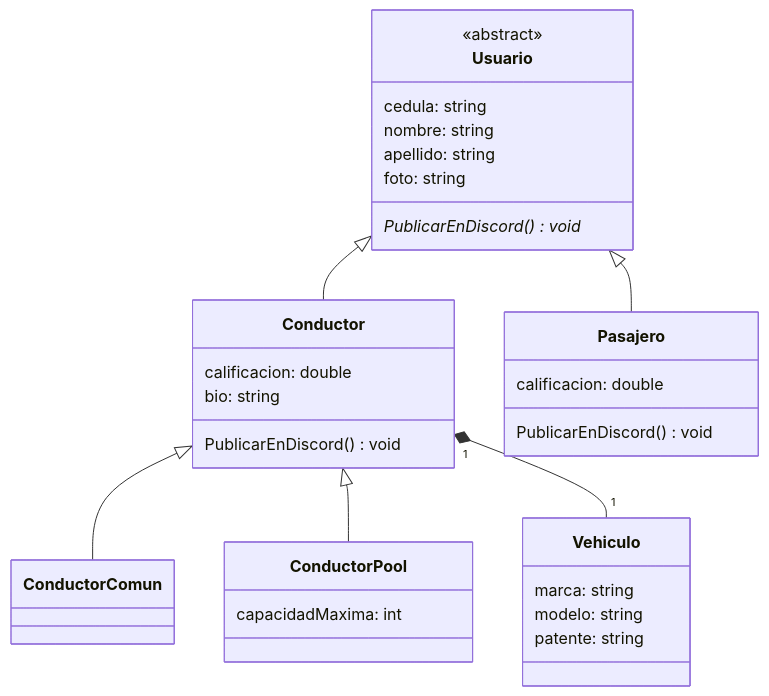
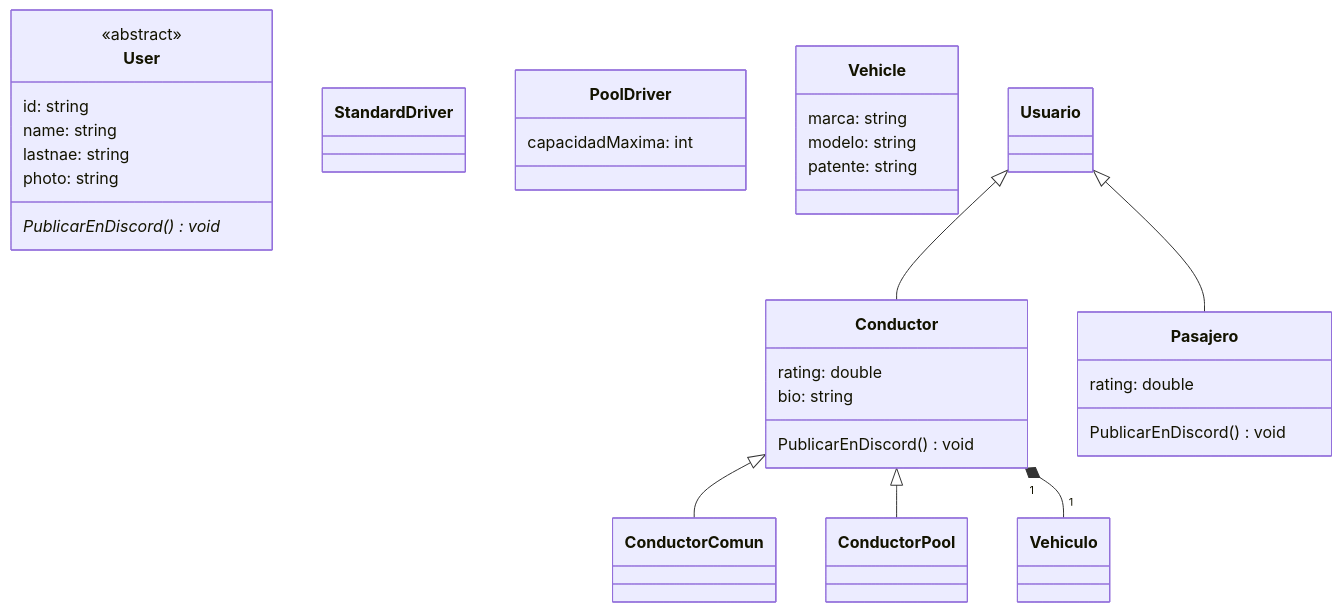
Before and after one commit to nachoocorrea/PII_Herencia_Ejercicio_Start: the diagram in DIAGRAM.md, drawn with Mermaid.

Commit message:
Diagrama actualizado

````diff
--- a/DIAGRAM.md
+++ b/DIAGRAM.md
@@ -1,34 +1,34 @@
 ```mermaid
 classDiagram
-  class Usuario {
+  class User {
     <<abstract>>
-    cedula: string
-    nombre: string
-    apellido: string
-    foto: string
+    id: string
+    name: string
+    lastnae: string
+    photo: string
     PublicarEnDiscord()* void
   }
   class Conductor {
-    calificacion: double
+    rating: double
     bio: string
     PublicarEnDiscord() void
   }
   class Pasajero {
-    calificacion: double
+    rating: double
     PublicarEnDiscord() void
   }
-  class ConductorComun
-  class ConductorPool {
+  class StandardDriver
+  class PoolDriver {
     capacidadMaxima: int
   }
-  class Vehiculo {
+  class Vehicle {
     marca: string
     modelo: string
     patente: string
   }
   Usuario <|-- Conductor
   Usuario <|-- Pasajero
   Conductor <|-- ConductorComun
   Conductor <|-- ConductorPool
   Conductor "1" *-- "1" Vehiculo
 ```
````
